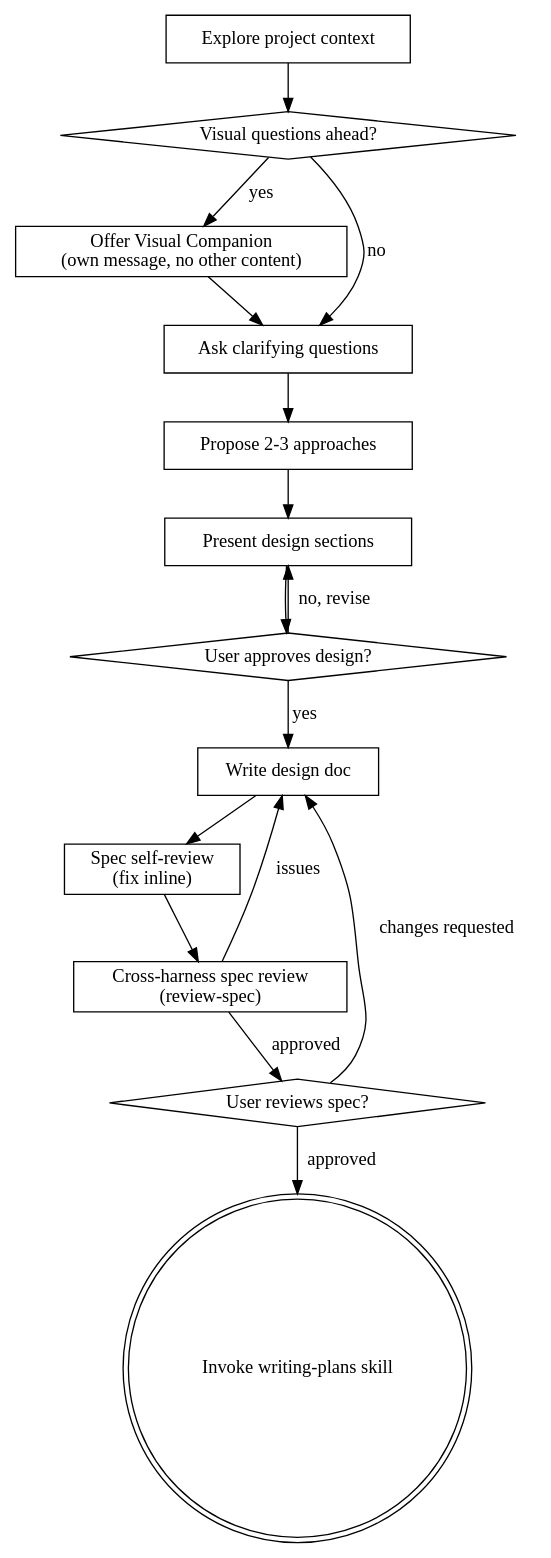
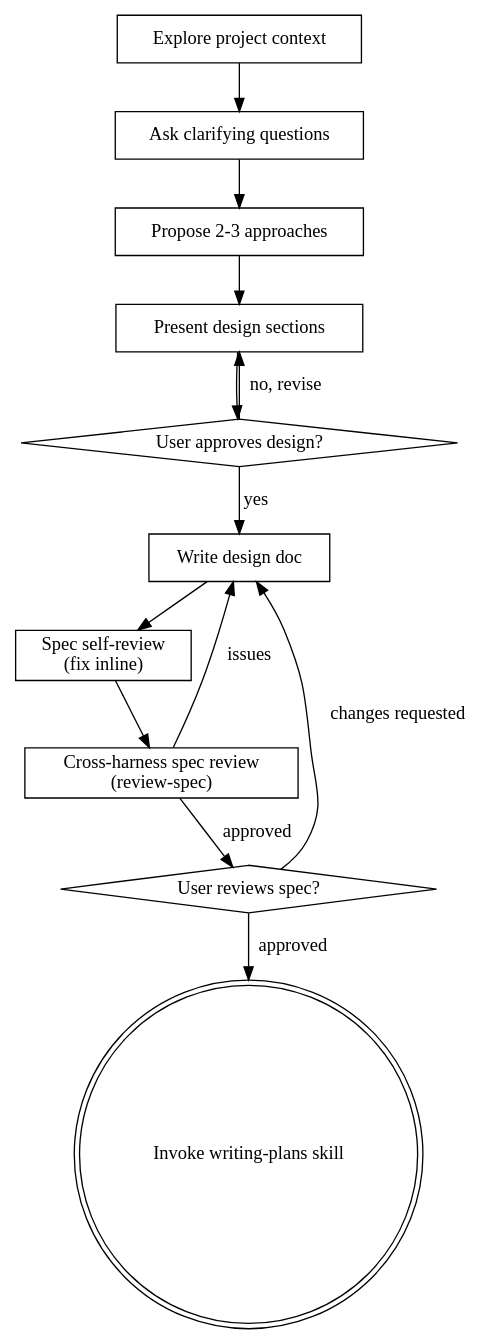
One commit to henrybzhang/superpowers-local changed the diagram in skills/brainstorming/SKILL.md. Above: the diagram before and after it, drawn with Graphviz. The commit also changed other lines of this file and 17 other files, not shown here.

````diff
--- a/skills/brainstorming/SKILL.md
+++ b/skills/brainstorming/SKILL.md
@@ -37,32 +37,27 @@
 ```dot
 digraph brainstorming {
     "Explore project context" [shape=box];
-    "Visual questions ahead?" [shape=diamond];
-    "Offer Visual Companion\n(own message, no other content)" [shape=box];
     "Ask clarifying questions" [shape=box];
     "Propose 2-3 approaches" [shape=box];
     "Present design sections" [shape=box];
     "User approves design?" [shape=diamond];
     "Write design doc" [shape=box];
     "Spec self-review\n(fix inline)" [shape=box];
     "Cross-harness spec review\n(review-spec)" [shape=box];
     "User reviews spec?" [shape=diamond];
     "Invoke writing-plans skill" [shape=doublecircle];
 
-    "Explore project context" -> "Visual questions ahead?";
-    "Visual questions ahead?" -> "Offer Visual Companion\n(own message, no other content)" [label="yes"];
-    "Visual questions ahead?" -> "Ask clarifying questions" [label="no"];
-    "Offer Visual Companion\n(own message, no other content)" -> "Ask clarifying questions";
+    "Explore project context" -> "Ask clarifying questions";
     "Ask clarifying questions" -> "Propose 2-3 approaches";
     "Propose 2-3 approaches" -> "Present design sections";
     "Present design sections" -> "User approves design?";
     "User approves design?" -> "Present design sections" [label="no, revise"];
     "User approves design?" -> "Write design doc" [label="yes"];
     "Write design doc" -> "Spec self-review\n(fix inline)";
     "Spec self-review\n(fix inline)" -> "Cross-harness spec review\n(review-spec)";
     "Cross-harness spec review\n(review-spec)" -> "Write design doc" [label="issues"];
     "Cross-harness spec review\n(review-spec)" -> "User reviews spec?" [label="approved"];
     "User reviews spec?" -> "Write design doc" [label="changes requested"];
     "User reviews spec?" -> "Invoke writing-plans skill" [label="approved"];
 }
 ```
````
